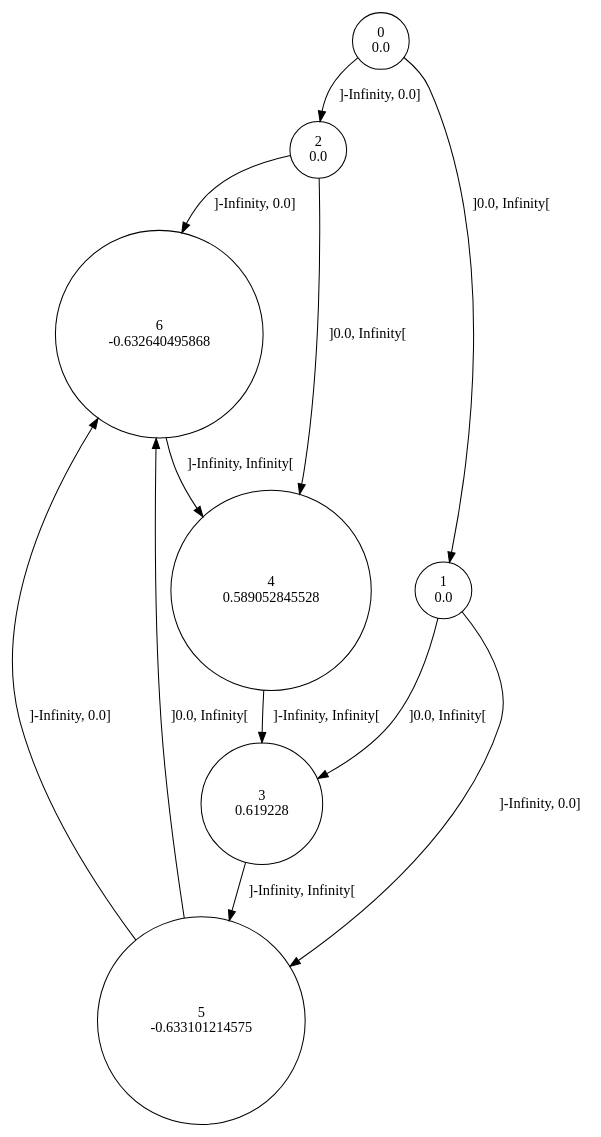
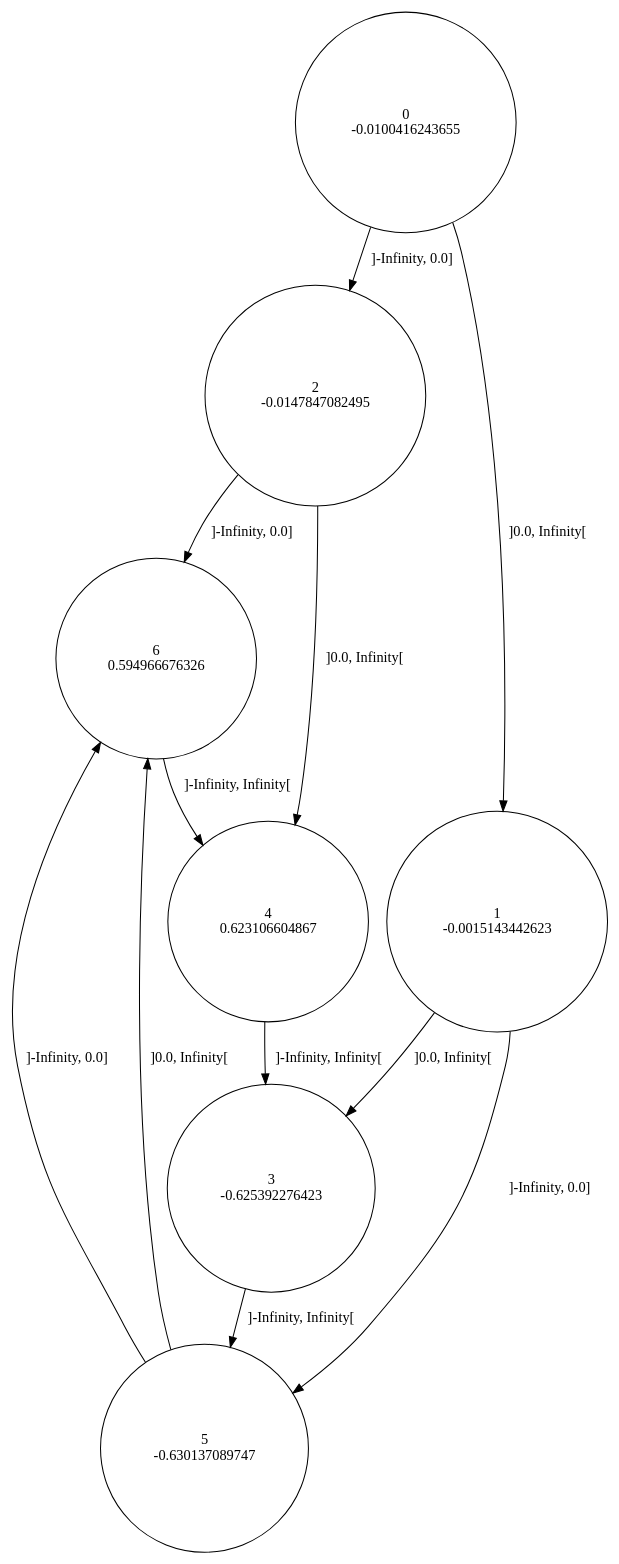
One commit to gllpellegrino/RAI_experiments changed the diagram in sinus/data/8/rtisy.dot. Above: the diagram before and after it, drawn with Graphviz. The commit also changed 25 other files, not shown here.

```diff
--- a/sinus/data/8/rtisy.dot
+++ b/sinus/data/8/rtisy.dot
@@ -1,20 +1,20 @@
 digraph a {
-0 [shape=circle, label="0\n0.0"];
+0 [shape=circle, label="0\n-0.0100416243655"];
 	0 -> 2 [label="]-Infinity, 0.0]"];
 	0 -> 1 [label="]0.0, Infinity["];
-1 [shape=circle, label="1\n0.0"];
+1 [shape=circle, label="1\n-0.0015143442623"];
 	1 -> 5 [label="]-Infinity, 0.0]"];
 	1 -> 3 [label="]0.0, Infinity["];
-2 [shape=circle, label="2\n0.0"];
+2 [shape=circle, label="2\n-0.0147847082495"];
 	2 -> 6 [label="]-Infinity, 0.0]"];
 	2 -> 4 [label="]0.0, Infinity["];
-3 [shape=circle, label="3\n0.619228"];
+3 [shape=circle, label="3\n-0.625392276423"];
 	3 -> 5 [label="]-Infinity, Infinity["];
-4 [shape=circle, label="4\n0.589052845528"];
+4 [shape=circle, label="4\n0.623106604867"];
 	4 -> 3 [label="]-Infinity, Infinity["];
-5 [shape=circle, label="5\n-0.633101214575"];
+5 [shape=circle, label="5\n-0.630137089747"];
 	5 -> 6 [label="]-Infinity, 0.0]"];
 	5 -> 6 [label="]0.0, Infinity["];
-6 [shape=circle, label="6\n-0.632640495868"];
+6 [shape=circle, label="6\n0.594966676326"];
 	6 -> 4 [label="]-Infinity, Infinity["];
 }
```
